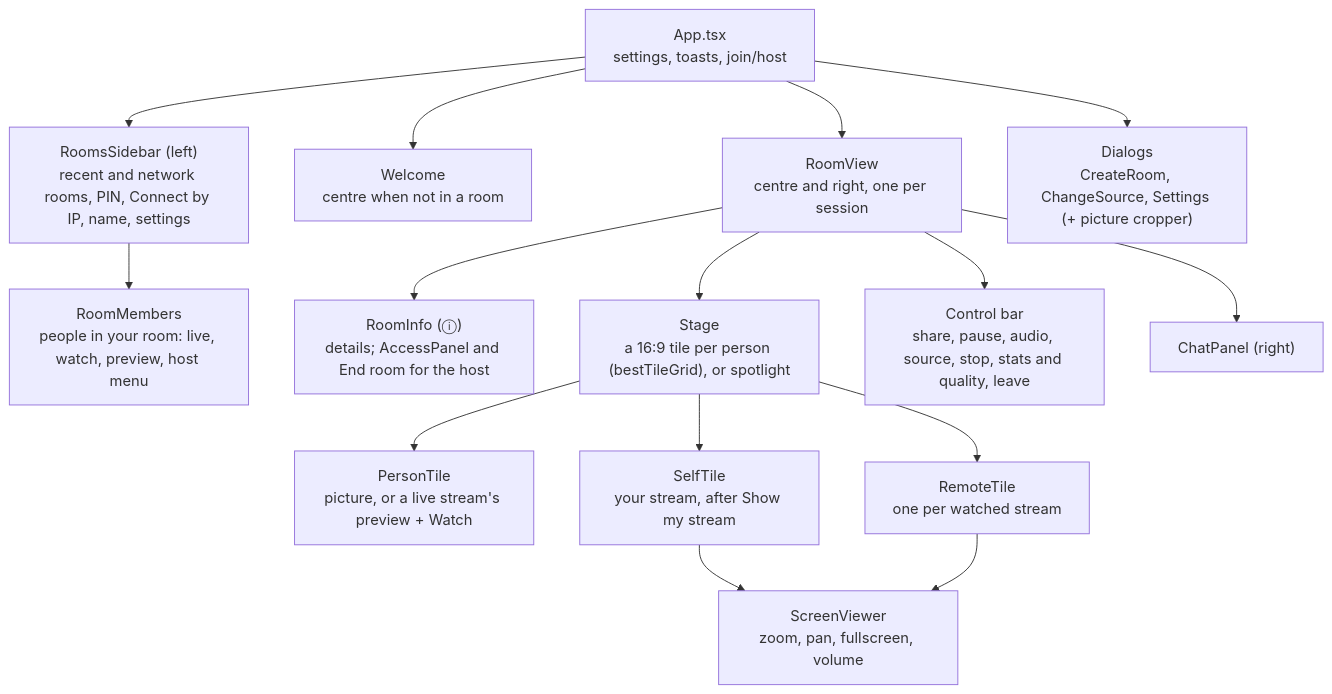
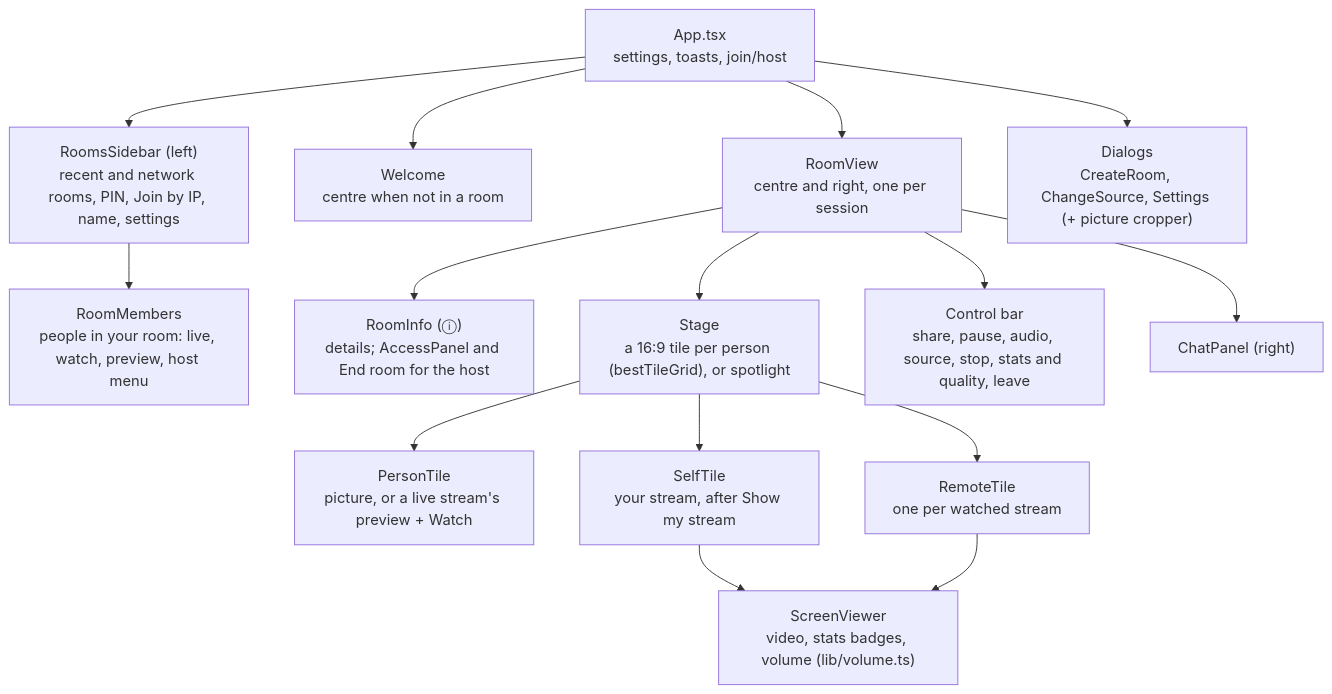
The fifth of 8 diagrams in docs/en-US/architecture.md (nsfxu/lan-screenshare), drawn with Mermaid before and after one commit. The commit also changed other lines of this file and 17 other files, not shown here.

````diff
--- a/docs/en-US/architecture.md
+++ b/docs/en-US/architecture.md
@@ -264,18 +264,18 @@
 ```mermaid
 flowchart TB
   App["App.tsx<br/>settings, toasts, join/host"]
-  App --> Rooms["RoomsSidebar (left)<br/>recent and network rooms, PIN, Connect by IP, name, settings"]
+  App --> Rooms["RoomsSidebar (left)<br/>recent and network rooms, PIN, Join by IP, name, settings"]
   Rooms --> Members["RoomMembers<br/>people in your room: live, watch, preview, host menu"]
   App --> Welcome["Welcome<br/>centre when not in a room"]
   App --> Room["RoomView<br/>centre and right, one per session"]
   App --> Dlg["Dialogs<br/>CreateRoom, ChangeSource, Settings (+ picture cropper)"]
   Room --> Info["RoomInfo (ⓘ)<br/>details; AccessPanel and End room for the host"]
   Room --> Stage["Stage<br/>a 16:9 tile per person (bestTileGrid), or spotlight"]
   Stage --> Person["PersonTile<br/>picture, or a live stream's preview + Watch"]
   Stage --> Self["SelfTile<br/>your stream, after Show my stream"]
   Stage --> Remote["RemoteTile<br/>one per watched stream"]
-  Self --> SV["ScreenViewer<br/>zoom, pan, fullscreen, volume"]
+  Self --> SV["ScreenViewer<br/>video, stats badges, volume (lib/volume.ts)"]
   Remote --> SV
   Room --> Bar["Control bar<br/>share, pause, audio, source, stop, stats and quality, leave"]
   Room --> Chat["ChatPanel (right)"]
 ```
````
